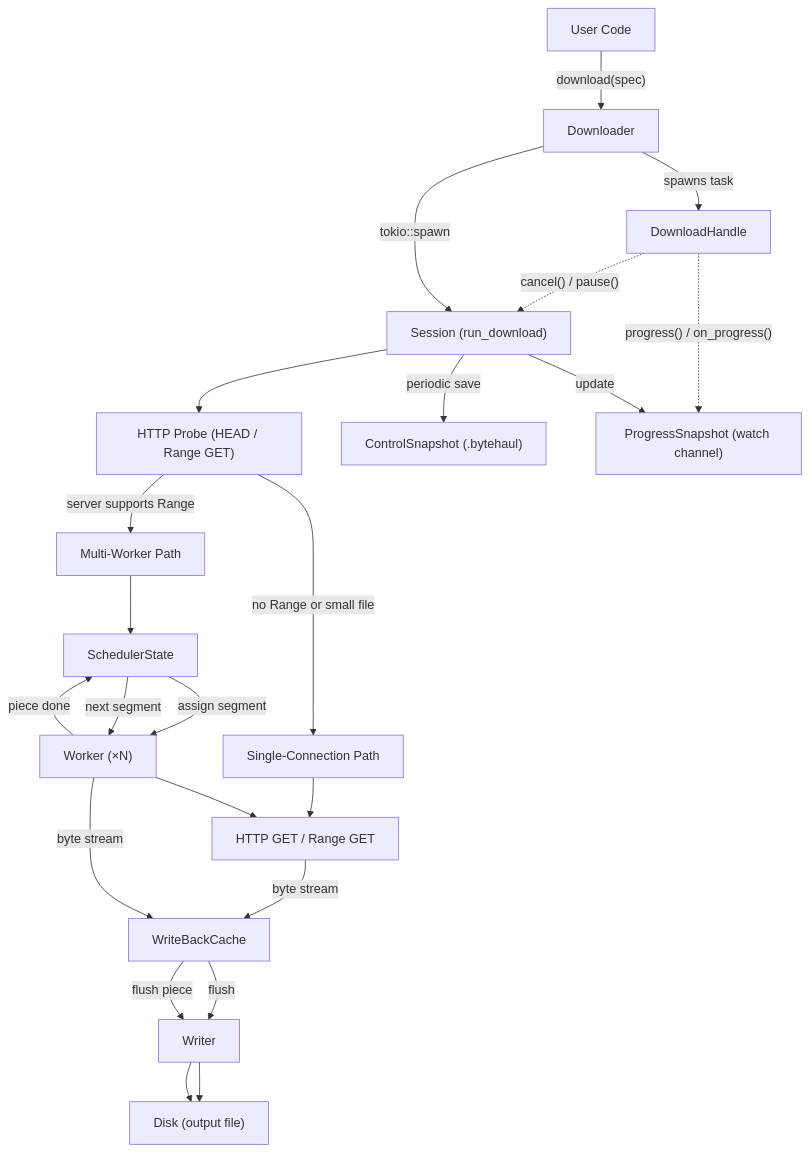
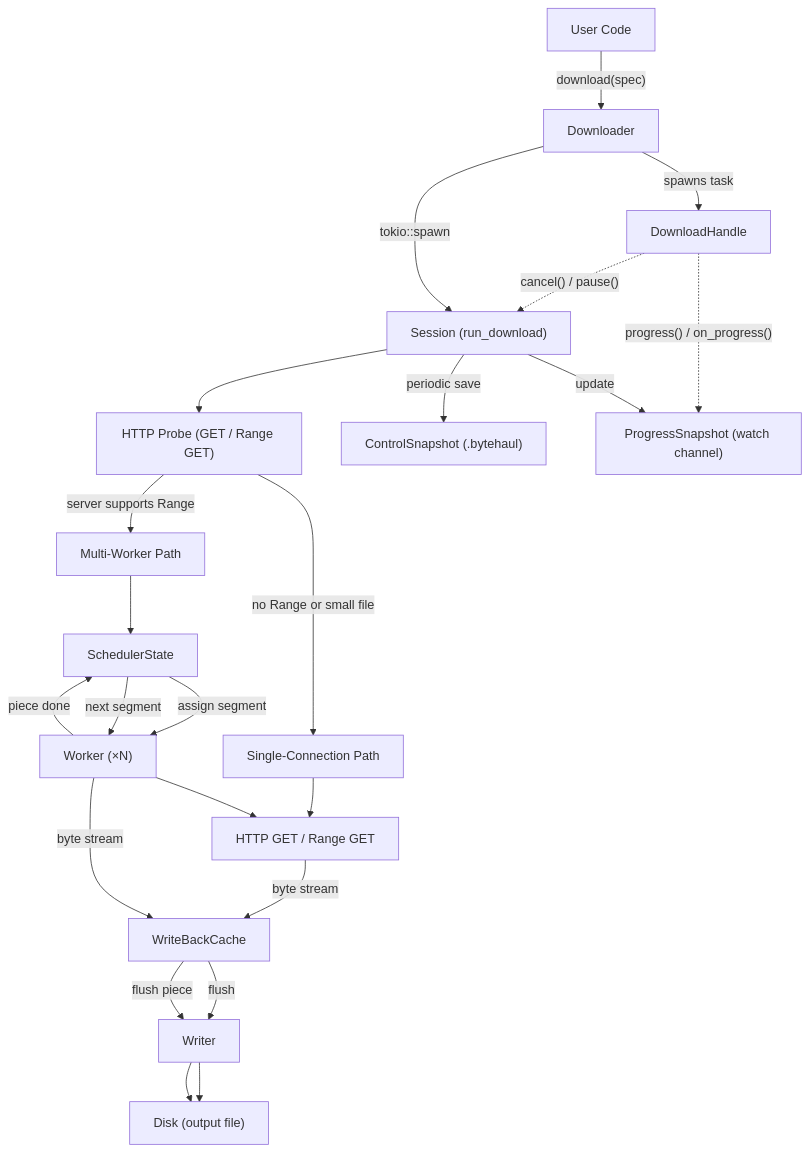
The diagram in docs/architecture.md (triwinds/bytehaul), drawn with Mermaid before and after one commit. The commit also changed other lines of this file and 18 other files, not shown here.

````diff
--- a/docs/architecture.md
+++ b/docs/architecture.md
@@ -13,45 +13,45 @@
 ```mermaid
 graph TD
     User["User Code"]
     Downloader["Downloader"]
     Handle["DownloadHandle"]
     Session["Session (run_download)"]
-    Probe["HTTP Probe (HEAD / Range GET)"]
+    Probe["HTTP Probe (GET / Range GET)"]
     Single["Single-Connection Path"]
     Multi["Multi-Worker Path"]
     Scheduler["SchedulerState"]
     Worker["Worker (×N)"]
     HTTP["HTTP GET / Range GET"]
     Cache["WriteBackCache"]
     Writer["Writer"]
     Disk["Disk (output file)"]
     Control["ControlSnapshot (.bytehaul)"]
     Progress["ProgressSnapshot (watch channel)"]
 
     User -->|"download(spec)"| Downloader
     Downloader -->|"spawns task"| Handle
     Handle -.->|"progress() / on_progress()"| Progress
     Handle -.->|"cancel() / pause()"| Session
     Downloader -->|"tokio::spawn"| Session
 
     Session --> Probe
     Probe -->|"server supports Range"| Multi
     Probe -->|"no Range or small file"| Single
 
     Single --> HTTP
     HTTP -->|"byte stream"| Cache
     Cache -->|"flush"| Writer
     Writer --> Disk
 
     Multi --> Scheduler
     Scheduler -->|"assign segment"| Worker
     Worker --> HTTP
     Worker -->|"byte stream"| Cache
     Cache -->|"flush piece"| Writer
     Writer --> Disk
     Worker -->|"piece done"| Scheduler
     Scheduler -->|"next segment"| Worker
 
     Session -->|"periodic save"| Control
     Session -->|"update"| Progress
 ```
````
